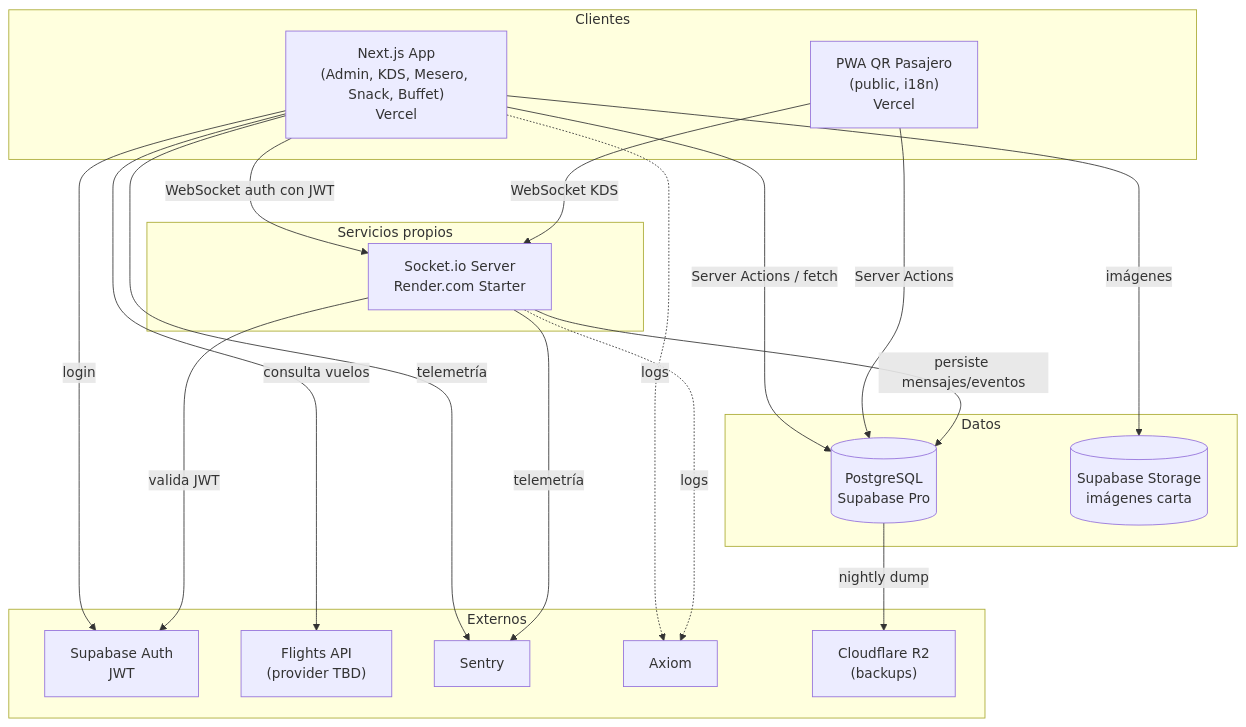
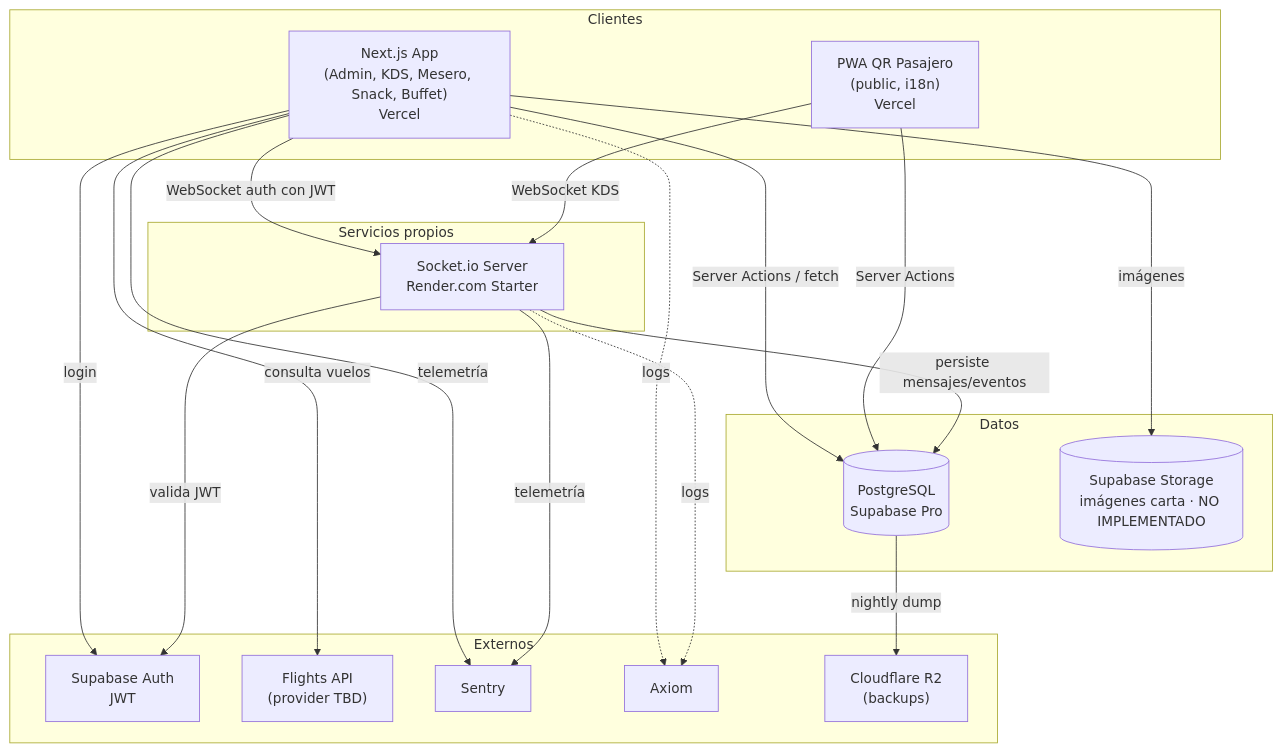
Before and after one commit to nkofla74-byte/dorado-lounge-system: the second of 5 diagrams in ARCHITECTURE.md, drawn with Mermaid. The commit also changed other lines of this file and 4 other files, not shown here.

First line of the commit message:
docs: alinear CLAUDE.md y ARCHITECTURE.md con el código real

````diff
--- a/ARCHITECTURE.md
+++ b/ARCHITECTURE.md
@@ -187,39 +204,39 @@
 ```mermaid
 flowchart TB
   subgraph Clients["Clientes"]
     WEB["Next.js App<br/>(Admin, KDS, Mesero, Snack, Buffet)<br/>Vercel"]
     QR["PWA QR Pasajero<br/>(public, i18n)<br/>Vercel"]
   end
 
   subgraph Services["Servicios propios"]
     SOCK["Socket.io Server<br/>Render.com Starter"]
   end
 
   subgraph DB["Datos"]
     PG[("PostgreSQL<br/>Supabase Pro")]
-    STORE[("Supabase Storage<br/>imágenes carta")]
+    STORE[("Supabase Storage<br/>imágenes carta · NO IMPLEMENTADO")]
   end
 
   subgraph Ext["Externos"]
     AUTH["Supabase Auth<br/>JWT"]
     FLIGHTS["Flights API<br/>(provider TBD)"]
     SENTRY["Sentry"]
     AXIOM["Axiom"]
     R2["Cloudflare R2<br/>(backups)"]
   end
 
   WEB -->|Server Actions / fetch| PG
   WEB -->|WebSocket auth con JWT| SOCK
   WEB -->|login| AUTH
   WEB -->|imágenes| STORE
   QR -->|Server Actions| PG
   QR -->|WebSocket KDS| SOCK
   SOCK -->|persiste mensajes/eventos| PG
   SOCK -->|valida JWT| AUTH
   WEB -->|telemetría| SENTRY
   SOCK -->|telemetría| SENTRY
   WEB -.->|logs| AXIOM
   SOCK -.->|logs| AXIOM
   PG -->|nightly dump| R2
   WEB -->|consulta vuelos| FLIGHTS
 ```
````
